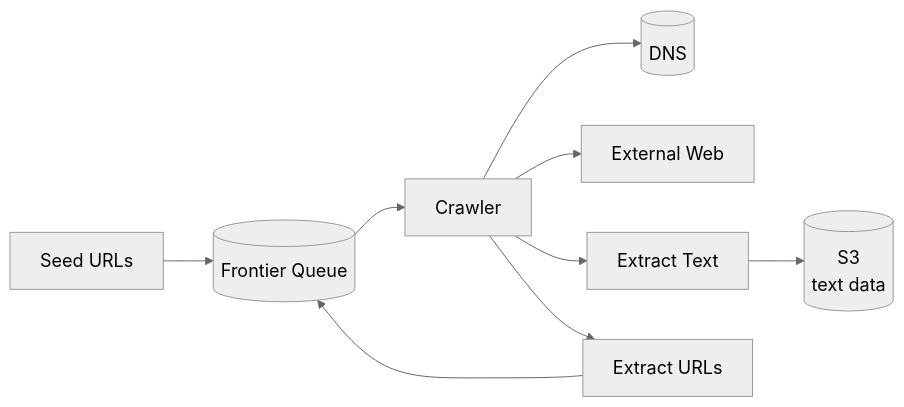
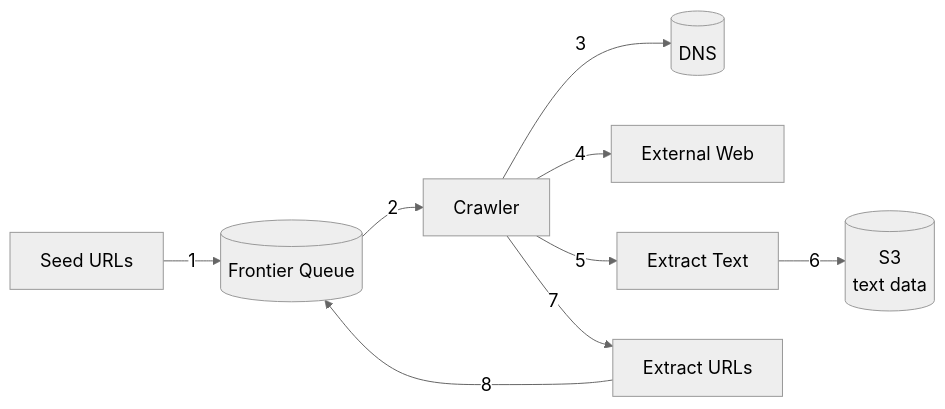
Before and after one commit to vipi-n/swe-101: the first of 7 diagrams in hld/webcrawler.md, drawn with Mermaid. The commit also changed other lines of this file, not shown here.

````diff
--- a/hld/webcrawler.md
+++ b/hld/webcrawler.md
@@ -100,12 +100,12 @@
 ```mermaid
 %%{init: {'theme': 'neutral', 'themeVariables': {'fontSize': '18px'}}}%%
 flowchart LR
-    SEED[Seed URLs] --> FQ[(Frontier Queue)]
-    FQ --> CR[Crawler]
-    CR --> DNS[(DNS)]
-    CR --> WEB[External Web]
-    CR --> TXT[Extract Text]
-    TXT --> S3[(S3<br/>text data)]
-    CR --> URLS[Extract URLs]
-    URLS --> FQ
+    SEED[Seed URLs] -->|1| FQ[(Frontier Queue)]
+    FQ -->|2| CR[Crawler]
+    CR -->|3| DNS[(DNS)]
+    CR -->|4| WEB[External Web]
+    CR -->|5| TXT[Extract Text]
+    TXT -->|6| S3[(S3<br/>text data)]
+    CR -->|7| URLS[Extract URLs]
+    URLS -->|8| FQ
 ```
````
